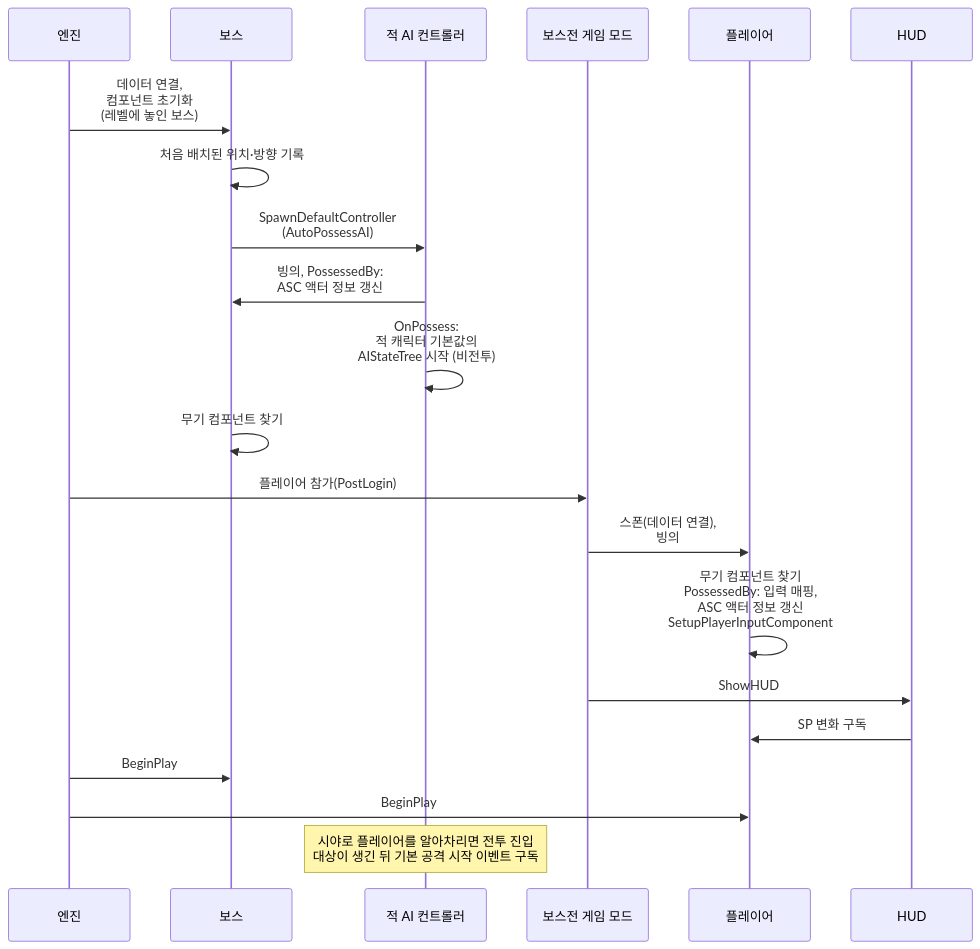
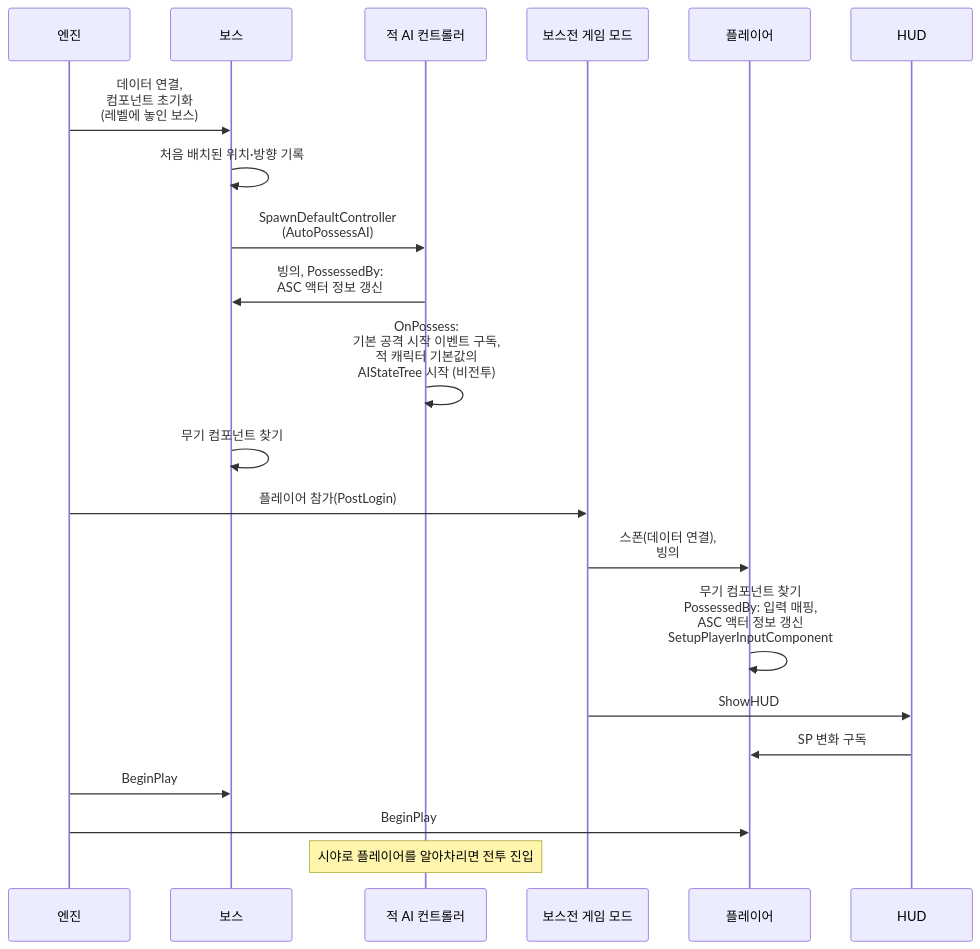
Before and after one commit to Woogl/Ag: the second of 5 diagrams in Docs/Architecture/캐릭터 기반 구조와 GAS.md, drawn with Mermaid. The commit also changed other lines of this file and 15 other files, not shown here.

````diff
--- a/Docs/Architecture/캐릭터 기반 구조와 GAS.md
+++ b/Docs/Architecture/캐릭터 기반 구조와 GAS.md
@@ -108,23 +108,23 @@
 ```mermaid
 sequenceDiagram
     participant E as 엔진
     participant B as 보스
     participant AI as 적 AI 컨트롤러
     participant GM as 보스전 게임 모드
     participant P as 플레이어
     participant H as HUD
     E->>B: 데이터 연결,<br>컴포넌트 초기화<br>(레벨에 놓인 보스)
     B->>B: 처음 배치된 위치·방향 기록
     B->>AI: SpawnDefaultController<br>(AutoPossessAI)
     AI->>B: 빙의, PossessedBy:<br>ASC 액터 정보 갱신
-    AI->>AI: OnPossess:<br>적 캐릭터 기본값의<br>AIStateTree 시작 (비전투)
+    AI->>AI: OnPossess:<br>기본 공격 시작 이벤트 구독,<br>적 캐릭터 기본값의<br>AIStateTree 시작 (비전투)
     B->>B: 무기 컴포넌트 찾기
     E->>GM: 플레이어 참가(PostLogin)
     GM->>P: 스폰(데이터 연결),<br>빙의
     P->>P: 무기 컴포넌트 찾기<br>PossessedBy: 입력 매핑,<br>ASC 액터 정보 갱신<br>SetupPlayerInputComponent
     GM->>H: ShowHUD
     H->>P: SP 변화 구독
     E->>B: BeginPlay
     E->>P: BeginPlay
-    Note over AI: 시야로 플레이어를 알아차리면 전투 진입<br>대상이 생긴 뒤 기본 공격 시작 이벤트 구독
+    Note over AI: 시야로 플레이어를 알아차리면 전투 진입
 ```
````
